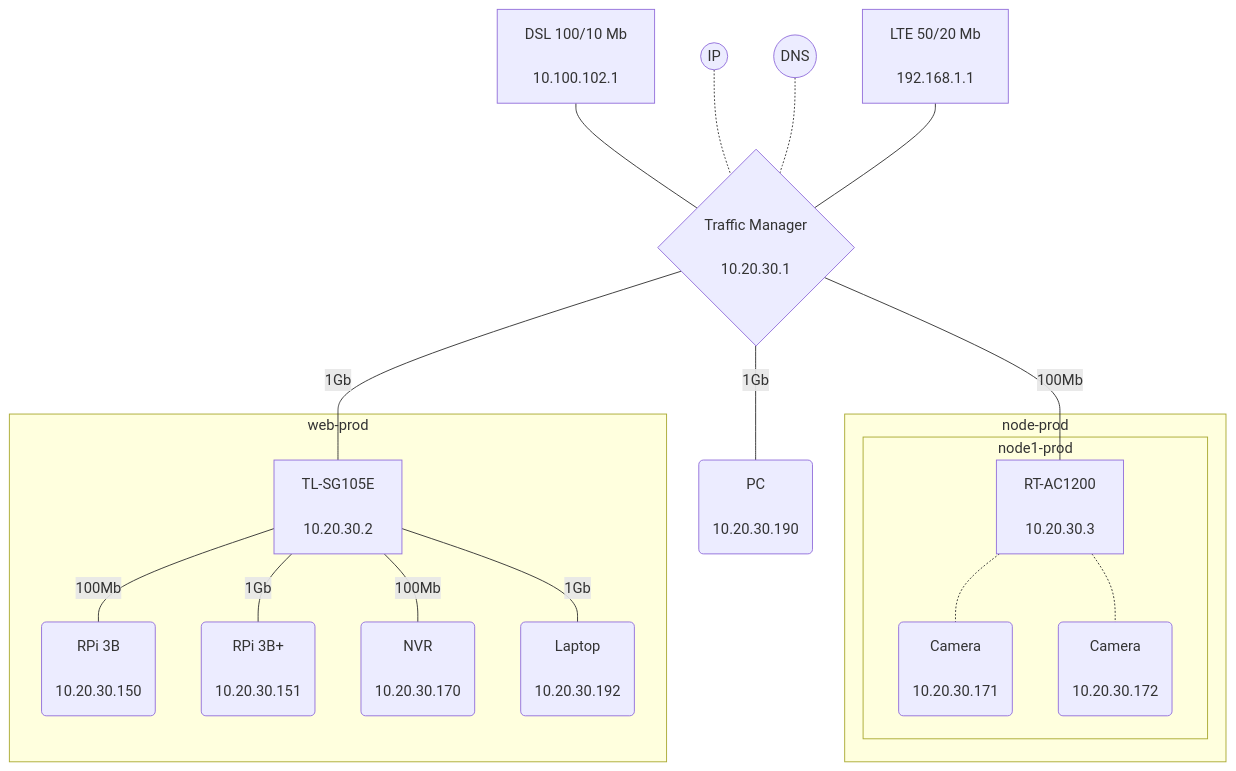
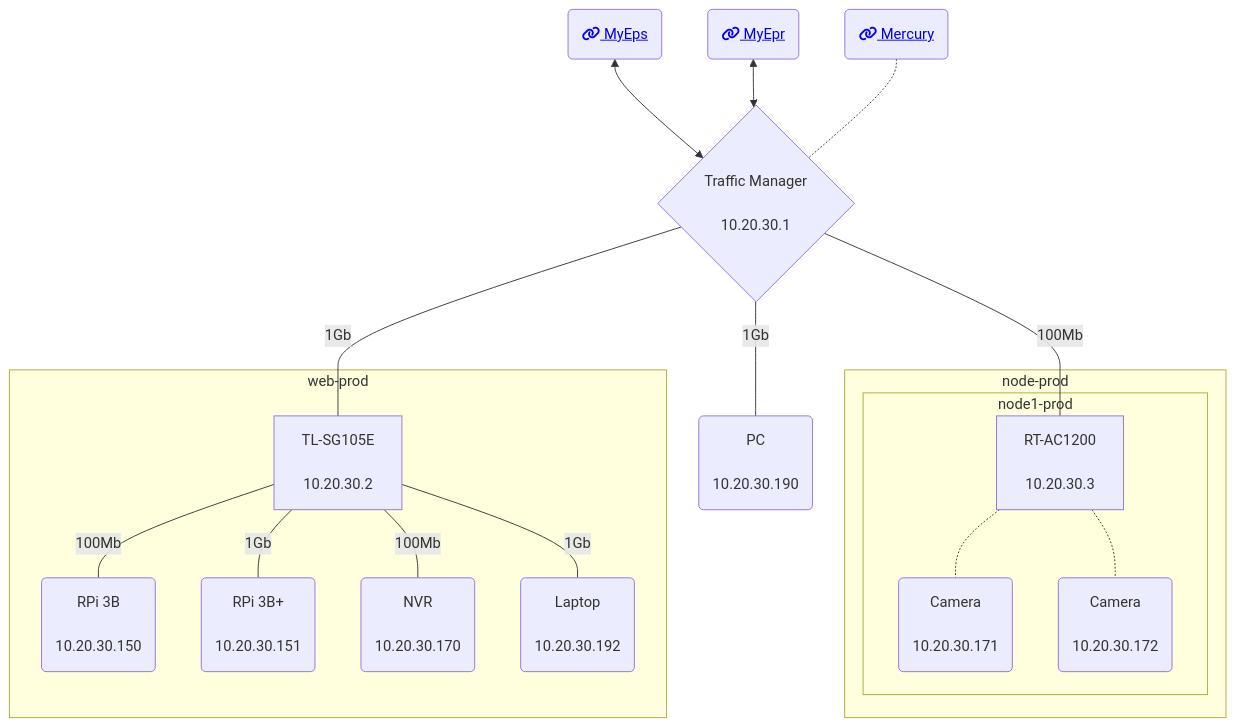
Before and after one commit to EproductiveReleases/whatsup: the diagram in README.md, drawn with Mermaid.

````diff
--- a/README.md
+++ b/README.md
@@ -3,23 +3,24 @@
 ```mermaid
 graph TD
  linkStyle default interpolate basis
- wan1[<center>DSL 100/10 Mb<br><br>10.100.102.1</center>]---router{<center>Traffic Manager<br><br>10.20.30.1</center>}
- ip((<center><br>IP<br><br></center>))-.-router
- dns((<center><br>DNS<br><br></center>))-.-router
- wan2[<center>LTE 50/20 Mb<br><br>192.168.1.1</center>]---router
+ myeps(<center><a href='http://google.com'>fa:fa-link MyEps</a></center>)<-->router{<center>Traffic Manager<br><br>10.20.30.1</center>}
+ myepr(<center><a href='http://google.com'>fa:fa-link MyEpr</a></center>)<-->router
+ mercury(<center><a href='http://google.com'>fa:fa-link Mercury</a></center>)-.-router
  router---|100Mb|ap[<center>RT-AC1200<br><br>10.20.30.3</center>]
  router---|1Gb|pc(<center>PC<br><br>10.20.30.190</center>)
  router---|1Gb|switch[<center>TL-SG105E<br><br>10.20.30.2</center>]
  subgraph node-prod
   subgraph node1-prod
   ap-.-cam1(<center>Camera<br><br>10.20.30.171</center>)
   ap-.-cam2(<center>Camera<br><br>10.20.30.172</center>)
   end
  end
  subgraph web-prod
  switch---|100Mb|pi1(<center>RPi 3B<br><br>10.20.30.150</center>)
  switch---|1Gb|pi2(<center>RPi 3B+<br><br>10.20.30.151</center>)
  switch---|100Mb|nvr(<center>NVR<br><br>10.20.30.170</center>)
  switch---|1Gb|laptop(<center>Laptop<br><br>10.20.30.192</center>)
  end
+
+
 ```
````
